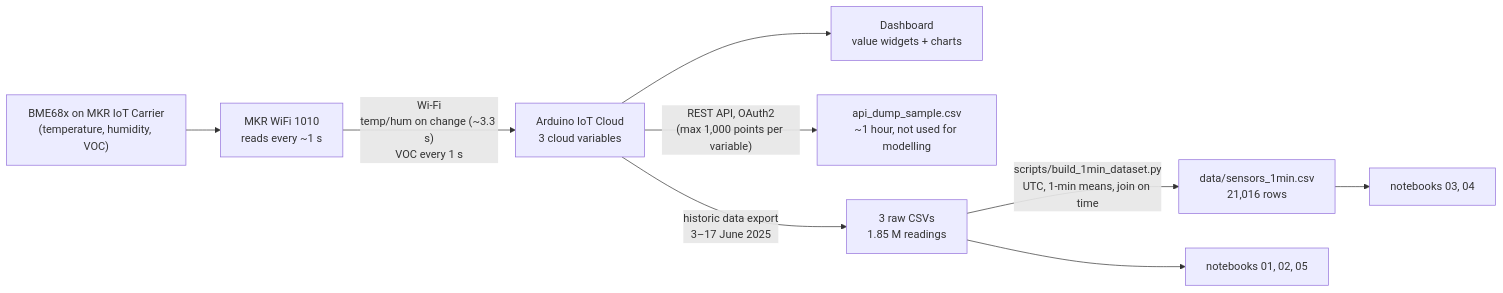
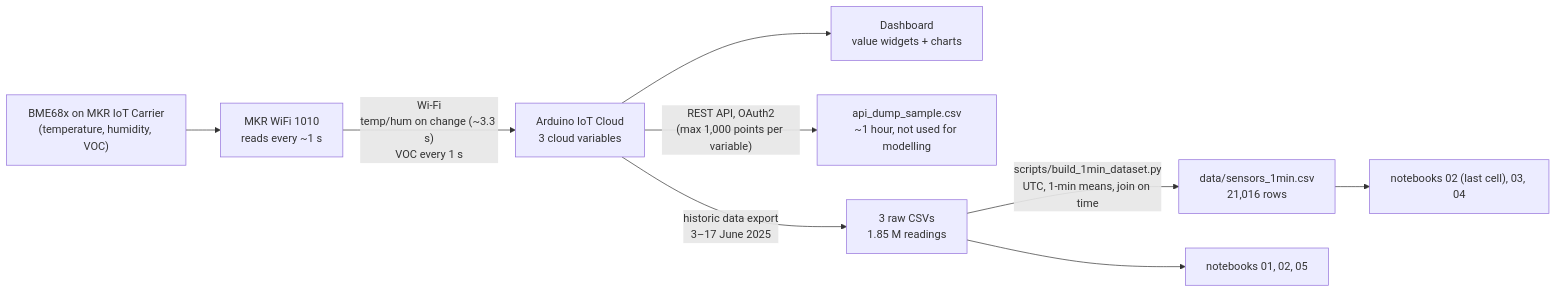
The diagram in iot/README.md (maryam843/iot-indoor-air-quality-forecasting), drawn with Mermaid before and after one commit. The commit also changed other lines of this file, not shown here.

````diff
--- a/iot/README.md
+++ b/iot/README.md
@@ -60,11 +60,11 @@
 ```mermaid
 flowchart LR
   S["BME68x on MKR IoT Carrier<br/>(temperature, humidity, VOC)"] --> B["MKR WiFi 1010<br/>reads every ~1 s"]
   B -->|"Wi-Fi<br/>temp/hum on change (~3.3 s)<br/>VOC every 1 s"| C["Arduino IoT Cloud<br/>3 cloud variables"]
   C --> D["Dashboard<br/>value widgets + charts"]
   C -->|"REST API, OAuth2<br/>(max 1,000 points per variable)"| E["api_dump_sample.csv<br/>~1 hour, not used for modelling"]
   C -->|"historic data export<br/>3–17 June 2025"| G["3 raw CSVs<br/>1.85 M readings"]
   G -->|"scripts/build_1min_dataset.py<br/>UTC, 1-min means, join on time"| H["data/sensors_1min.csv<br/>21,016 rows"]
   G --> M1["notebooks 01, 02, 05"]
-  H --> M2["notebooks 03, 04"]
+  H --> M2["notebooks 02 (last cell), 03, 04"]
 ```
````
